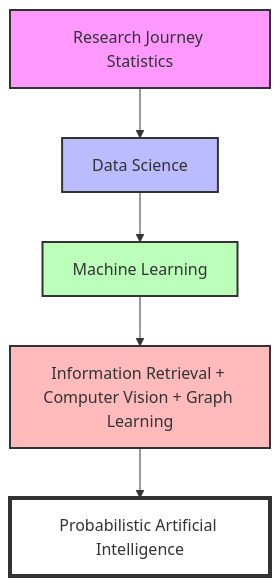
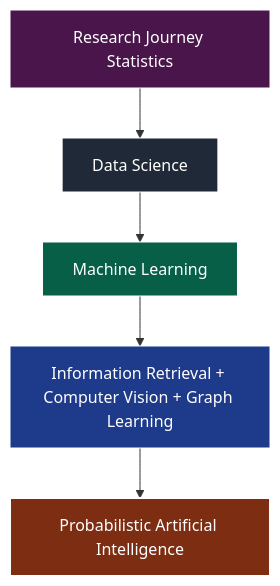
Before and after one commit to bravlui/bravlui: the diagram in README.md, drawn with Mermaid. The commit also changed other lines of this file, not shown here.

Commit message:
Enhance flowchart styling for dark theme visibility
Updated the styling of the research journey flowchart for better visibility in dark themes.

````diff
--- a/README.md
+++ b/README.md
@@ -65,14 +65,15 @@
 ```mermaid
 graph TD
+    %% Nós do Fluxograma
     A[Research Journey Statistics] --> B[Data Science]
     B --> C[Machine Learning]
     C --> D[Information Retrieval + Computer Vision + Graph Learning]
     D --> E[Probabilistic Artificial Intelligence]
 
-    %% Estilização opcional para melhorar o visual
-    style A fill:#f9f,stroke:#333,stroke-width:2px
-    style B fill:#bbf,stroke:#333,stroke-width:2px
-    style C fill:#bfb,stroke:#333,stroke-width:2px
-    style D fill:#fbb,stroke:#333,stroke-width:2px
-    style E fill:#fff,stroke:#333,stroke-width:4px
+    %% Estilização Escura (Alta Visibilidade no Tema Preto)
+    style A fill:#4A154B,stroke:#fff,stroke-width:1px,color:#fff
+    style B fill:#1F2937,stroke:#fff,stroke-width:1px,color:#fff
+    style C fill:#065F46,stroke:#fff,stroke-width:1px,color:#fff
+    style D fill:#1E3A8A,stroke:#fff,stroke-width:1px,color:#fff
+    style E fill:#7C2D12,stroke:#fff,stroke-width:2px,color:#fff
 ```
````
